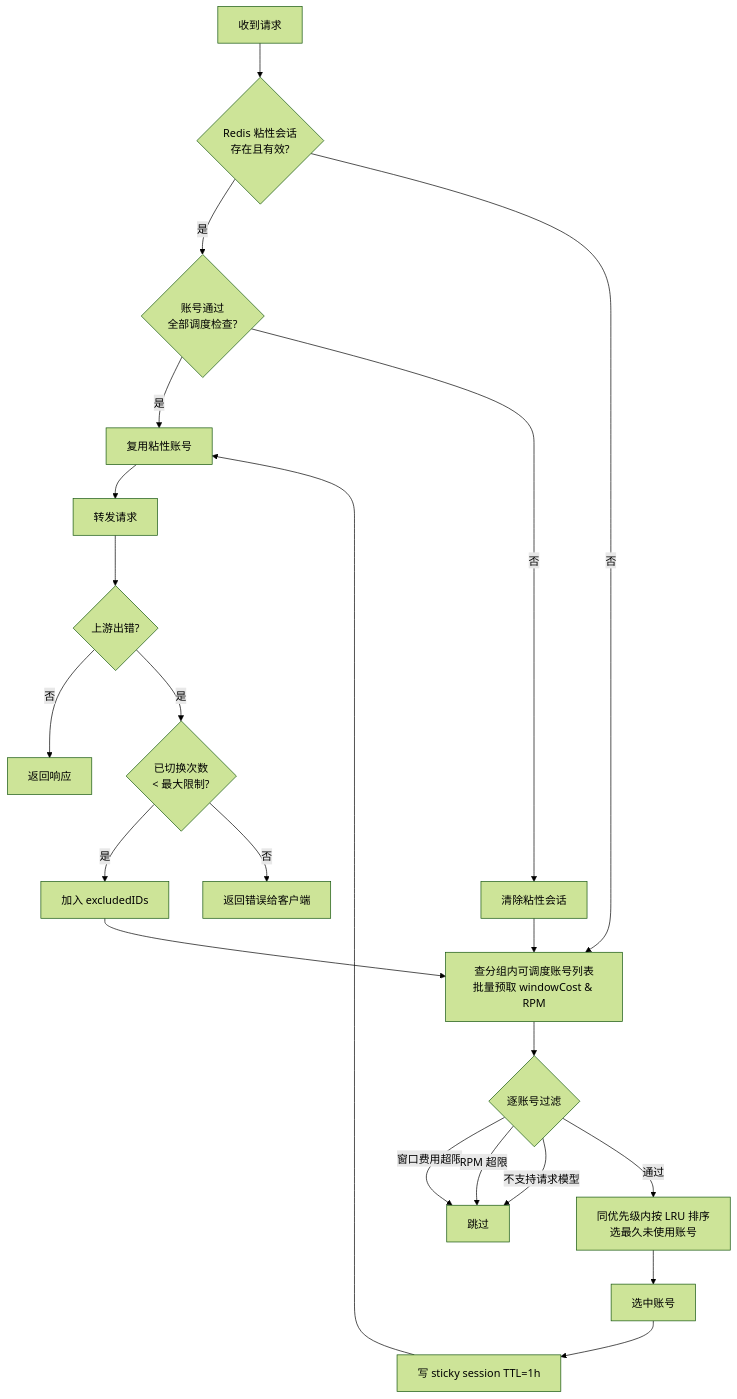
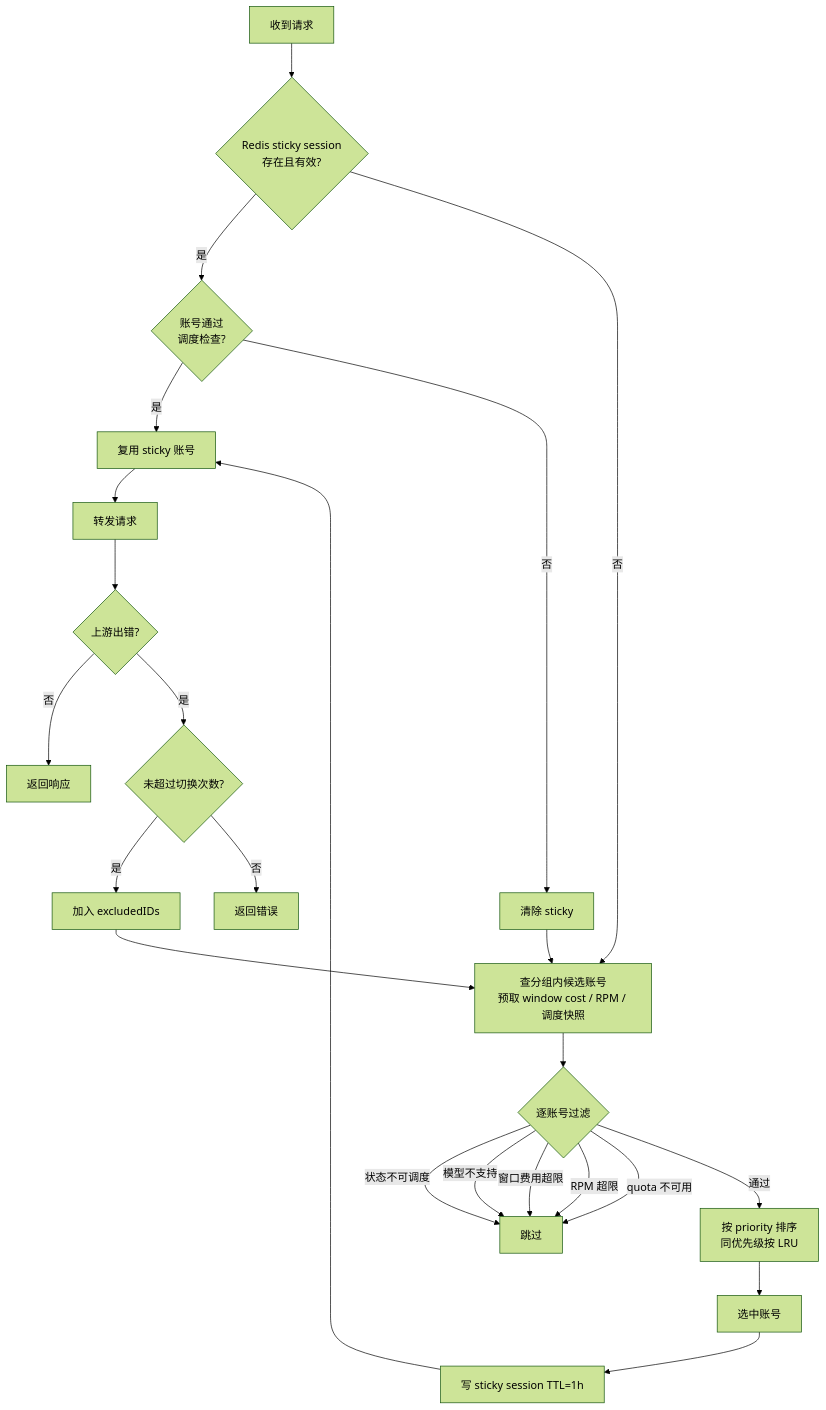
Before and after one commit to linshisancc/sub2api: the fifth of 9 diagrams in docs/ARCHITECTURE.md, drawn with Mermaid (forest theme). The commit also changed other lines of this file, not shown here.

Commit message:
docs: update architecture overview

````diff
--- a/docs/ARCHITECTURE.md
+++ b/docs/ARCHITECTURE.md
@@ -297,27 +415,29 @@
 ```mermaid
 flowchart TD
-    REQ[收到请求] --> STICKY{Redis 粘性会话<br/>存在且有效?}
-    STICKY -- 是 --> VALID{账号通过<br/>全部调度检查?}
-    VALID -- 是 --> USE[复用粘性账号]
-    VALID -- 否 --> CLEAR[清除粘性会话]
+    REQ[收到请求] --> STICKY{Redis sticky session<br/>存在且有效?}
+    STICKY -- 是 --> VALID{账号通过<br/>调度检查?}
+    VALID -- 是 --> USE[复用 sticky 账号]
+    VALID -- 否 --> CLEAR[清除 sticky]
     CLEAR --> SELECT
     STICKY -- 否 --> SELECT
 
-    SELECT[查分组内可调度账号列表<br/>批量预取 windowCost & RPM]
+    SELECT[查分组内候选账号<br/>预取 window cost / RPM / 调度快照]
     SELECT --> FILTER{逐账号过滤}
-    FILTER -- 窗口费用超限 --> SKIP[跳过]
+    FILTER -- 状态不可调度 --> SKIP[跳过]
+    FILTER -- 模型不支持 --> SKIP
+    FILTER -- 窗口费用超限 --> SKIP
     FILTER -- RPM 超限 --> SKIP
-    FILTER -- 不支持请求模型 --> SKIP
-    FILTER -- 通过 --> RANK[同优先级内按 LRU 排序<br/>选最久未使用账号]
+    FILTER -- quota 不可用 --> SKIP
+    FILTER -- 通过 --> RANK[按 priority 排序<br/>同优先级按 LRU]
     RANK --> PICK[选中账号]
     PICK --> CACHE[写 sticky session TTL=1h]
     CACHE --> USE
 
     USE --> FWD[转发请求]
     FWD --> ERR{上游出错?}
     ERR -- 否 --> OK[返回响应]
-    ERR -- 是 --> RETRY{已切换次数<br/>< 最大限制?}
+    ERR -- 是 --> RETRY{未超过切换次数?}
     RETRY -- 是 --> EXCL[加入 excludedIDs]
     EXCL --> SELECT
-    RETRY -- 否 --> FAIL[返回错误给客户端]
+    RETRY -- 否 --> FAIL[返回错误]
 ```
````
